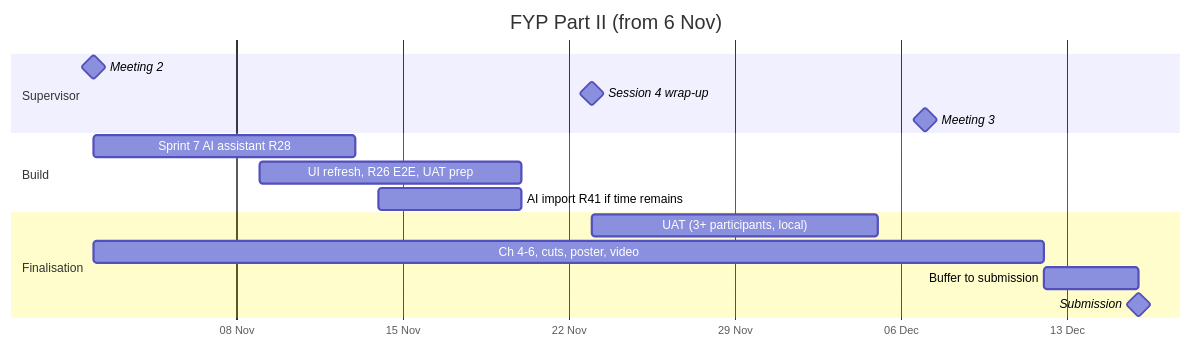
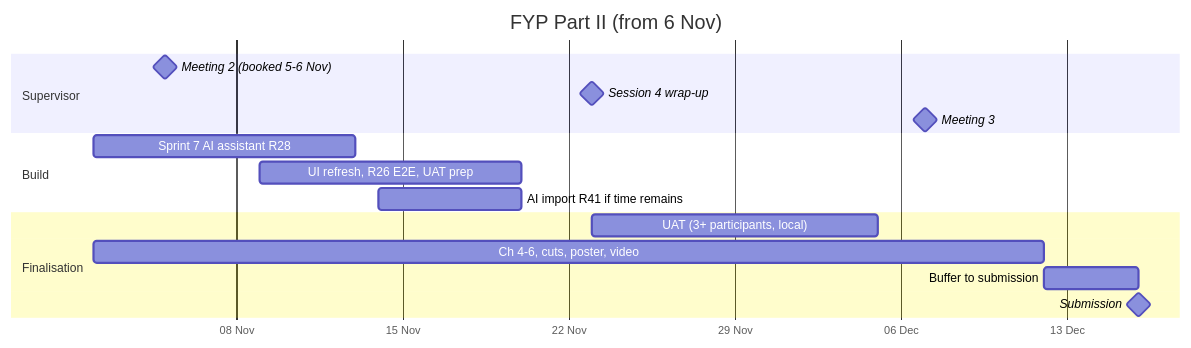
The diagram in docs/PLAN.md (qicai14/NotaLah), drawn with Mermaid before and after one commit. The commit also changed other lines of this file and 3 other files, not shown here.

````diff
--- a/docs/PLAN.md
+++ b/docs/PLAN.md
@@ -18,20 +18,20 @@
 ```mermaid
 gantt
   title FYP Part II (from 6 Nov)
   dateFormat YYYY-MM-DD
   axisFormat %d %b
   todayMarker on
   section Supervisor
-  Meeting 2                      :milestone, 2026-11-02, 0d
+  Meeting 2 (booked 5-6 Nov)    :milestone, 2026-11-05, 0d
   Session 4 wrap-up              :milestone, 2026-11-23, 0d
   Meeting 3                      :milestone, 2026-12-07, 0d
   section Build
   Sprint 7 AI assistant R28      :a1, 2026-11-02, 2026-11-13
   UI refresh, R26 E2E, UAT prep  :a2, 2026-11-09, 2026-11-20
   AI import R41 if time remains  :a3, 2026-11-14, 2026-11-20
   section Finalisation
   UAT (3+ participants, local)   :u, 2026-11-23, 2026-12-05
   Ch 4-6, cuts, poster, video    :f, 2026-11-02, 2026-12-12
   Buffer to submission           :b, 2026-12-12, 2026-12-16
   Submission                     :milestone, 2026-12-16, 0d
 ```
````
